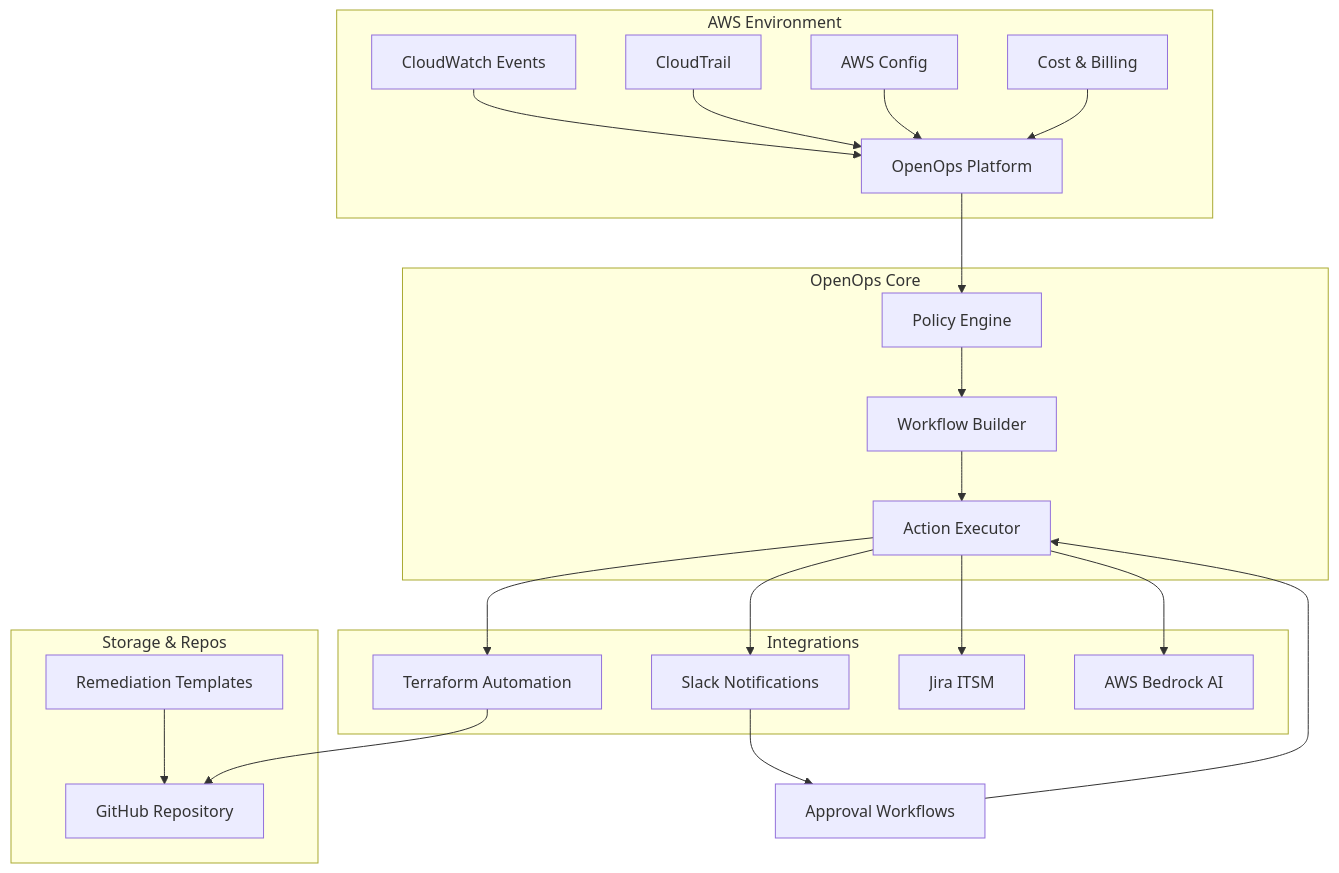
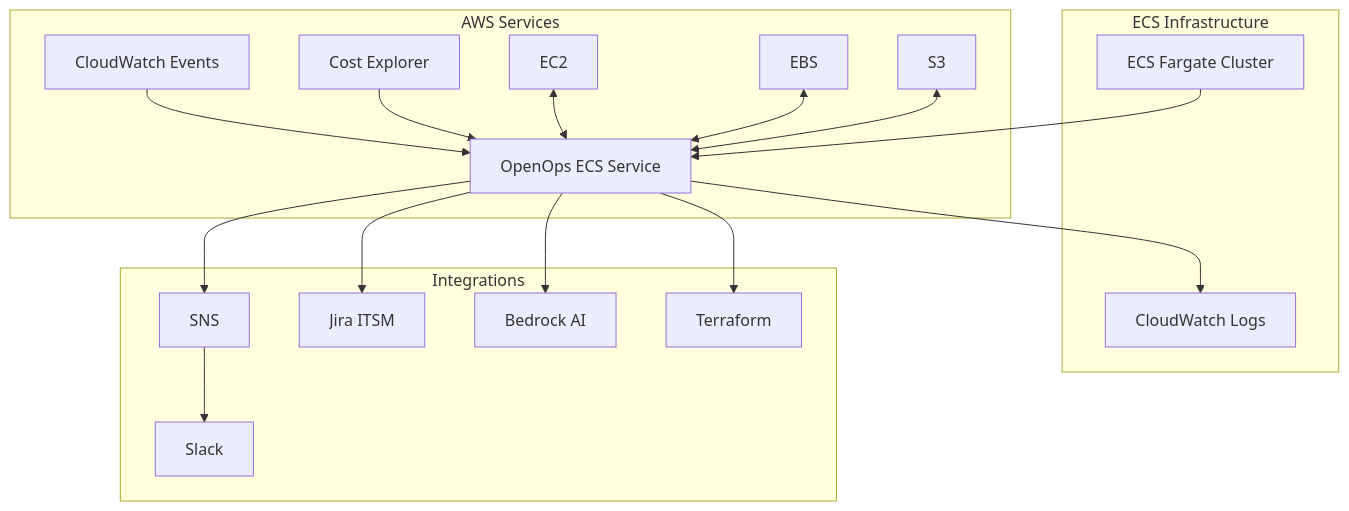
The diagram in finops/docs/architecture/openops-architecture.md (glenn-gray/cloudelligent-finops-practice), drawn with Mermaid before and after one commit. The commit also changed other lines of this file and 10 other files, not shown here.

First line of the commit message:
Migrate OpenOps deployment from EC2 to ECS Fargate

````diff
--- a/finops/docs/architecture/openops-architecture.md
+++ b/finops/docs/architecture/openops-architecture.md
@@ -35,30 +7,22 @@
 ```mermaid
 graph TB
-    subgraph "AWS Environment"
-        A[CloudWatch Events] --> B[OpenOps Platform]
-        C[CloudTrail] --> B
-        D[AWS Config] --> B
-        E[Cost & Billing] --> B
+    subgraph "AWS Services"
+        CW[CloudWatch Events] --> OO[OpenOps ECS Service]
+        CE[Cost Explorer] --> OO
+        EC2[EC2] <--> OO
+        EBS[EBS] <--> OO
+        S3[S3] <--> OO
     end
     
-    subgraph "OpenOps Core"
-        B --> F[Policy Engine]
-        F --> G[Workflow Builder]
-        G --> H[Action Executor]
+    subgraph "ECS Infrastructure"
+        ECS[ECS Fargate Cluster] --> OO
+        OO --> CWL[CloudWatch Logs]
     end
     
     subgraph "Integrations"
-        H --> I[Terraform Automation]
-        H --> J[Slack Notifications]
-        H --> K[Jira ITSM]
-        H --> L[AWS Bedrock AI]
+        OO --> SNS[SNS] --> SLACK[Slack]
+        OO --> JIRA[Jira ITSM]
+        OO --> BR[Bedrock AI]
+        OO --> TF[Terraform]
     end
-    
-    subgraph "Storage & Repos"
-        I --> M[GitHub Repository]
-        N[Remediation Templates] --> M
-    end
-    
-    J --> O[Approval Workflows]
-    O --> H
 ```
````
